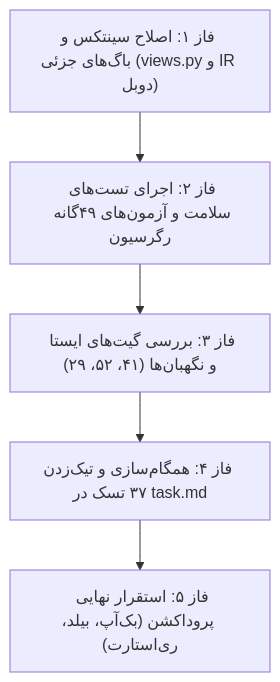
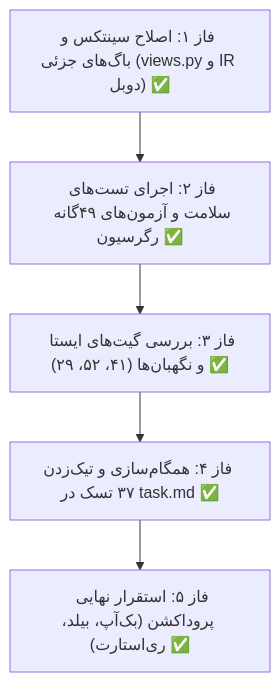
The diagram in Documents/Personnel_Registration_To_Approval_Workflow/implementation_plan_remediation_completion.md (enayat-taghavi/warehouse), drawn with Mermaid before and after one commit. The commit also changed other lines of this file and 3 other files, not shown here.

````diff
--- a/Documents/Personnel_Registration_To_Approval_Workflow/implementation_plan_remediation_completion.md
+++ b/Documents/Personnel_Registration_To_Approval_Workflow/implementation_plan_remediation_completion.md
@@ -36,7 +36,7 @@
 ```mermaid
 graph TD
-    A["فاز ۱: اصلاح سینتکس و باگ‌های جزئی (views.py و IR دوبل)"] --> B["فاز ۲: اجرای تست‌های سلامت و آزمون‌های ۴۹‌گانه رگرسیون"]
-    B --> C["فاز ۳: بررسی گیت‌های ایستا و نگهبان‌ها (۴۱، ۵۲، ۲۹)"]
-    C --> D["فاز ۴: همگام‌سازی و تیک‌زدن ۳۷ تسک در task.md"]
-    D --> E["فاز ۵: استقرار نهایی پروداکشن (بک‌آپ، بیلد، ری‌استارت)"]
+    A["فاز ۱: اصلاح سینتکس و باگ‌های جزئی (views.py و IR دوبل) ✅"] --> B["فاز ۲: اجرای تست‌های سلامت و آزمون‌های ۴۹‌گانه رگرسیون ✅"]
+    B --> C["فاز ۳: بررسی گیت‌های ایستا و نگهبان‌ها (۴۱، ۵۲، ۲۹) ✅"]
+    C --> D["فاز ۴: همگام‌سازی و تیک‌زدن ۳۷ تسک در task.md ✅"]
+    D --> E["فاز ۵: استقرار نهایی پروداکشن (بک‌آپ، بیلد، ری‌استارت) ✅"]
 ```
````
